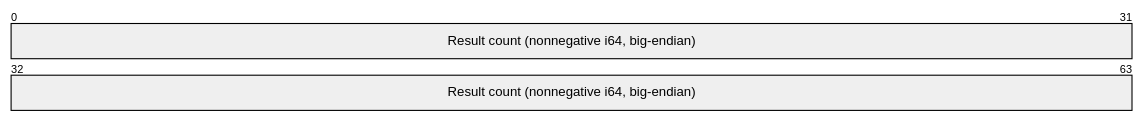
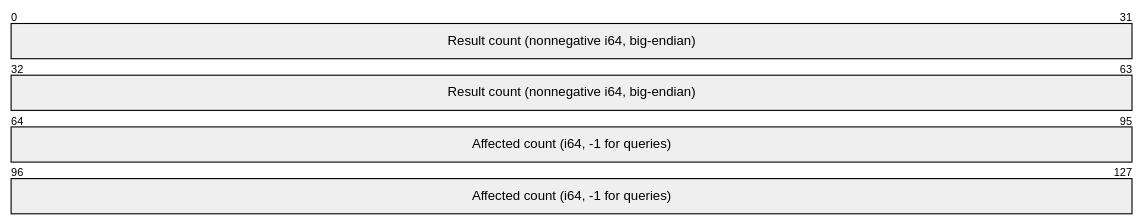
One commit to assimalign/cohesion changed the third of 3 diagrams in resources/Database/Assimalign.Cohesion.Database.Documents/docs/DESIGN.md. Above: the diagram before and after it, drawn with Mermaid. The commit also changed other lines of this file and 64 other files, not shown here.

````diff
--- a/resources/Database/Assimalign.Cohesion.Database.Documents/docs/DESIGN.md
+++ b/resources/Database/Assimalign.Cohesion.Database.Documents/docs/DESIGN.md
@@ -682,4 +706,5 @@
 ```mermaid
 packet-beta
 0-63: "Result count (nonnegative i64, big-endian)"
+64-127: "Affected count (i64, -1 for queries)"
 ```
````
